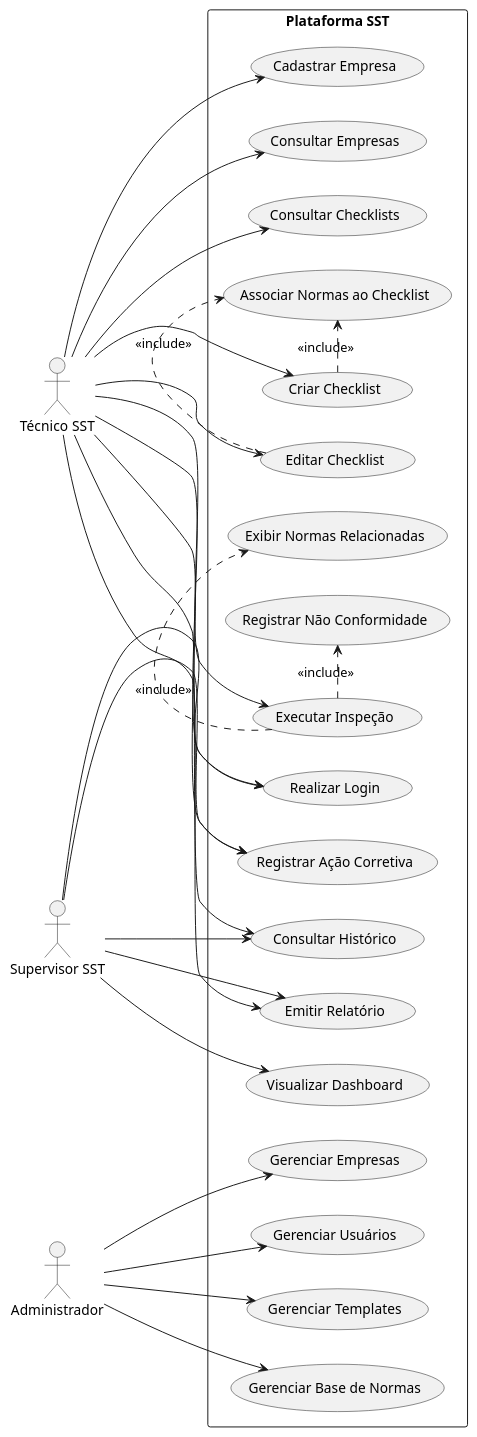
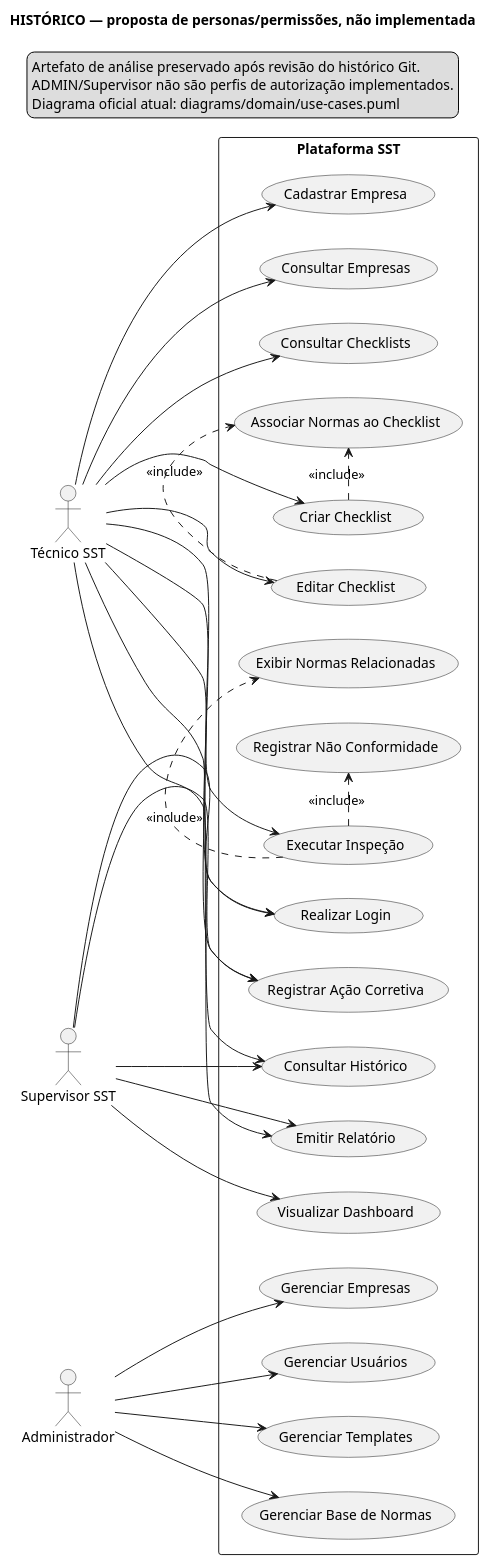
One commit to PedroVitor237/safe-watch-insight changed the diagram in Documentation/DiagramTest.puml. Above: the diagram before and after it, drawn with PlantUML. The commit also changed 10 other files, not shown here.

Commit message:
docs: consolidate domain classes use cases and business flows

```diff
--- a/Documentation/DiagramTest.puml
+++ b/Documentation/DiagramTest.puml
@@ -1,68 +1,77 @@
 @startuml
+' HISTÓRICO / NÃO VIGENTE. Origem: commit a037ac5.
+' Modelo oficial: diagrams/domain/use-cases.puml.
+' Regras e Mermaid: DiagramaDeCasosDeUso.md.
+title HISTÓRICO — proposta de personas/permissões, não implementada
+legend top
+  Artefato de análise preservado após revisão do histórico Git.
+  ADMIN/Supervisor não são perfis de autorização implementados.
+  Diagrama oficial atual: diagrams/domain/use-cases.puml
+endlegend
 
 left to right direction
 
 actor "Técnico SST" as Tecnico
 actor "Supervisor SST" as Supervisor
 actor "Administrador" as Admin
 
 rectangle "Plataforma SST" {
 
   usecase "Realizar Login" as UC01
 
   usecase "Cadastrar Empresa" as UC02
   usecase "Consultar Empresas" as UC03
 
   usecase "Criar Checklist" as UC04
   usecase "Editar Checklist" as UC05
   usecase "Consultar Checklists" as UC06
 
   usecase "Associar Normas ao Checklist" as UC07
 
   usecase "Executar Inspeção" as UC08
   usecase "Registrar Não Conformidade" as UC09
   usecase "Exibir Normas Relacionadas" as UC10
 
   usecase "Consultar Histórico" as UC11
 
   usecase "Registrar Ação Corretiva" as UC12
 
   usecase "Emitir Relatório" as UC13
 
   usecase "Visualizar Dashboard" as UC14
 
   usecase "Gerenciar Usuários" as UC15
   usecase "Gerenciar Templates" as UC16
   usecase "Gerenciar Base de Normas" as UC17
   usecase "Gerenciar Empresas" as UC18
 }
 
 Tecnico --> UC01
 Tecnico --> UC02
 Tecnico --> UC03
 Tecnico --> UC04
 Tecnico --> UC05
 Tecnico --> UC06
 Tecnico --> UC08
 Tecnico --> UC11
 Tecnico --> UC12
 Tecnico --> UC13
 
 Supervisor --> UC01
 Supervisor --> UC11
 Supervisor --> UC12
 Supervisor --> UC13
 Supervisor --> UC14
 
 Admin --> UC15
 Admin --> UC16
 Admin --> UC17
 Admin --> UC18
 
 UC04 .> UC07 : <<include>>
 UC05 .> UC07 : <<include>>
 
 UC08 .> UC09 : <<include>>
 UC08 .> UC10 : <<include>>
 
 @enduml
```
